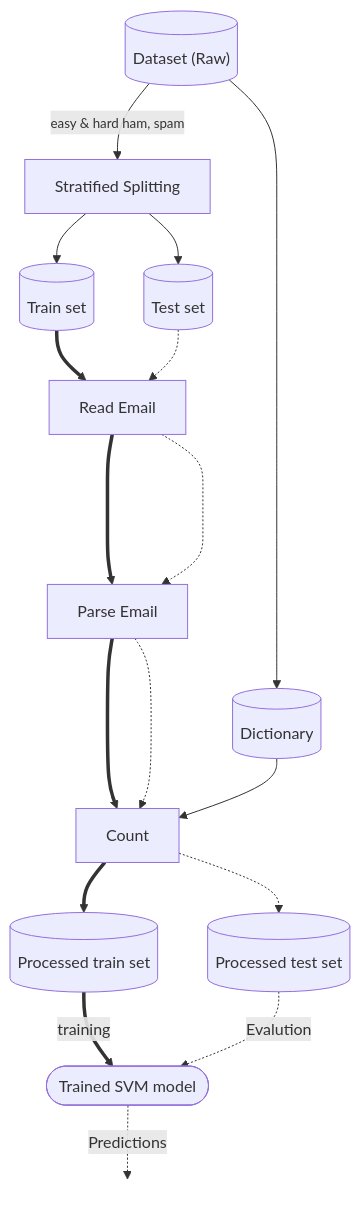
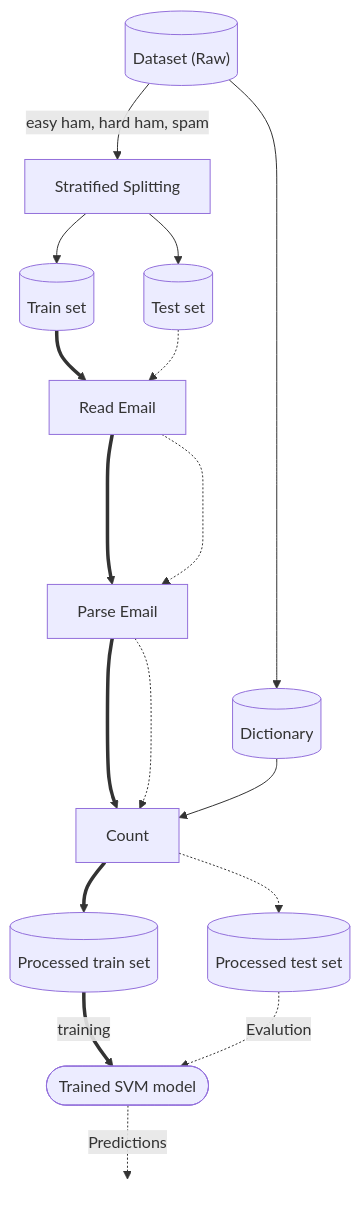
Before and after one commit to maaz7409/email_classifier: the diagram in README.md, drawn with Mermaid.

Commit message:
Fixed Readme Flowchart Render Bug

````diff
--- a/README.md
+++ b/README.md
@@ -9,39 +9,39 @@
 ```mermaid 
 
 
 flowchart TD
-    A[("Dataset (Raw)")] -->|<small> easy & hard ham, spam </small>| B1[Stratified Splitting] 
+    A[("Dataset (Raw)")] -->|easy ham, hard ham, spam| B1[Stratified Splitting] 
 
     A --> B2[(Dictionary)]
 
     B1 --> C1[(Train set)]
     B1 --> C2[(Test set)]
 
     C1 ==> D["Read Email"]
     C2 -.-> D
 
     D ==> E[Parse Email]
     D -...-> E
 
     E ==> F[Count]
     E -..-> F
 
     B2 --> F
 
     F ==> G1[(Processed train set)]
     F -.-> G2[(Processed test set)]
 
     G1 ==>|training| H([ Trained SVM model])
 
     G2 -.->|Evalution| H
 
     H -.->|Predictions| I[" "]
 
     style I fill:None, stroke:None; 
 
 
 
     
 
 
 ```
````
